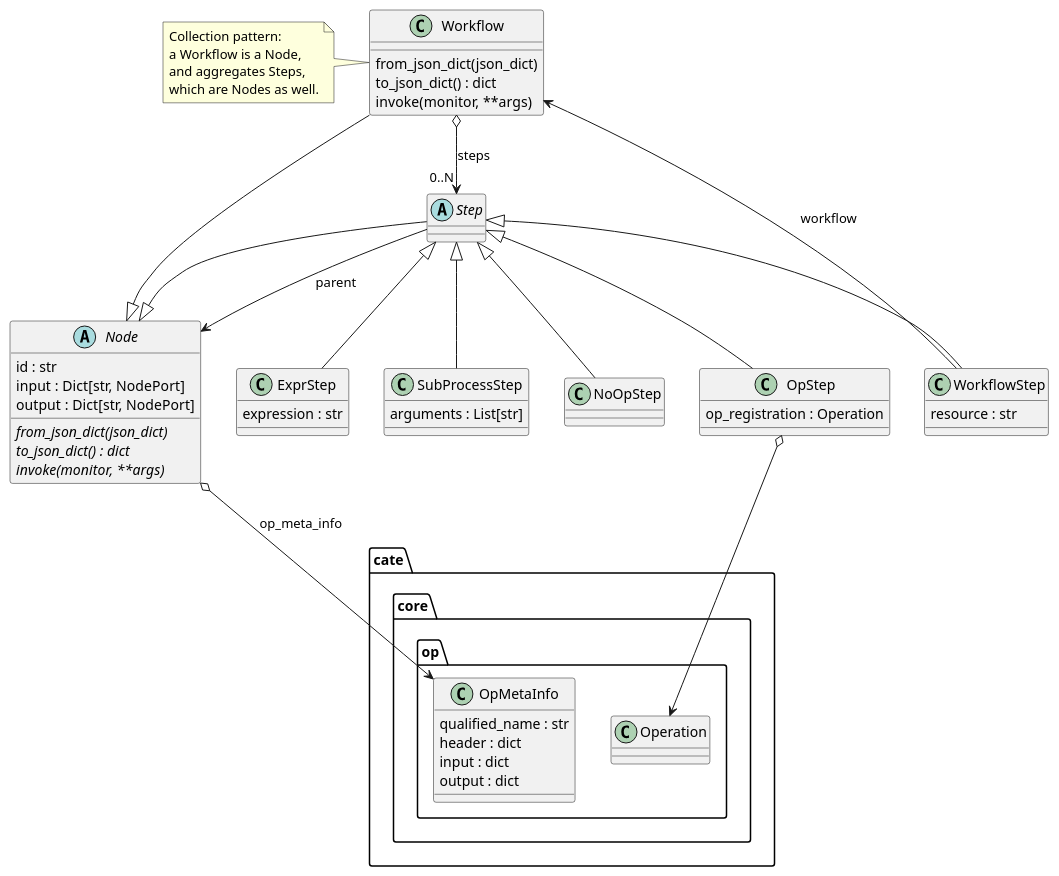
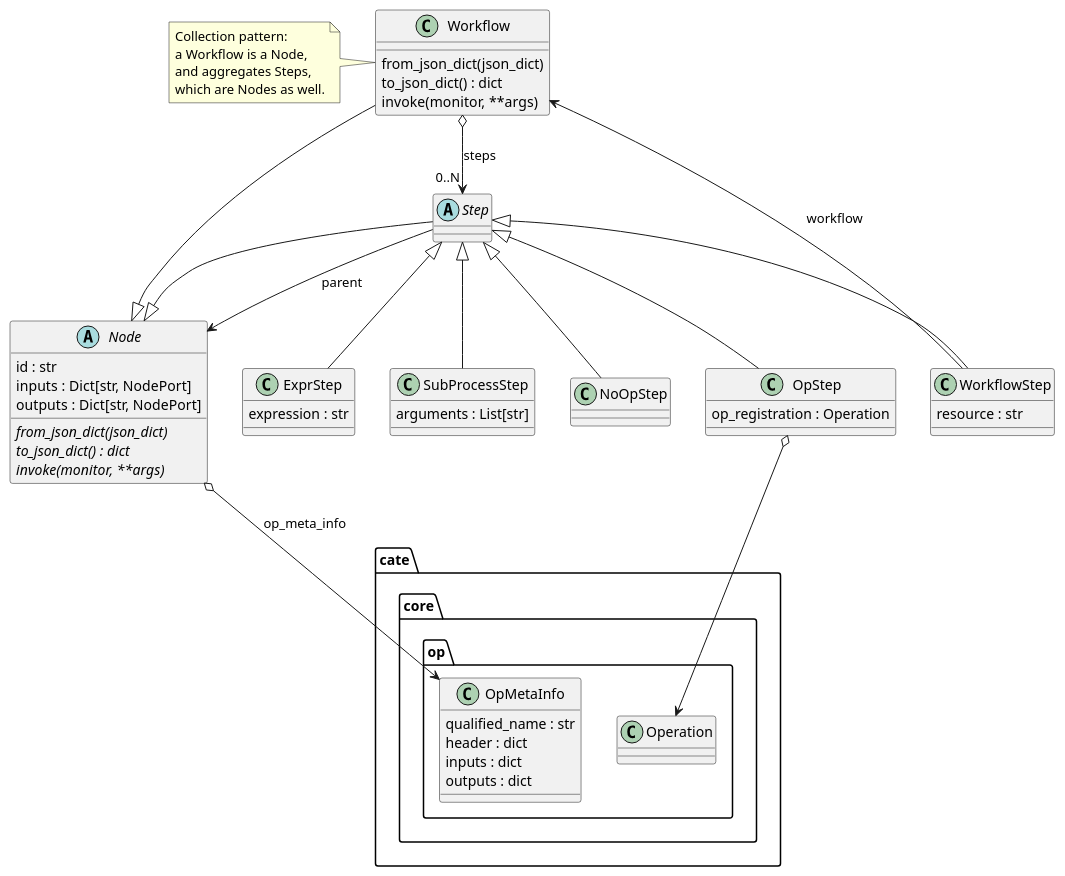
One commit to CCI-Tools/cate changed the diagram in doc/source/uml/workflow.puml. Above: the diagram before and after it, drawn with PlantUML. The commit also changed 23 other files, not shown here.

Commit message:
renamed input --> inputs, output --> outputs

```diff
--- a/doc/source/uml/workflow.puml
+++ b/doc/source/uml/workflow.puml
@@ -1,61 +1,61 @@
 @startuml
 
 abstract Node {
     id : str
-    input : Dict[str, NodePort]
-    output : Dict[str, NodePort]
+    inputs : Dict[str, NodePort]
+    outputs : Dict[str, NodePort]
     {abstract} from_json_dict(json_dict)
     {abstract} to_json_dict() : dict
     {abstract} invoke(monitor, **args)
 }
 
 class Workflow extends Node {
     from_json_dict(json_dict)
     to_json_dict() : dict
     invoke(monitor, **args)
 }
 
 abstract class Step extends Node {
 }
 
 class WorkflowStep extends Step {
     resource : str
 }
 
 class OpStep extends Step {
     op_registration : Operation
 }
 
 class ExprStep extends Step {
     expression : str
 }
 
 class SubProcessStep extends Step {
     arguments : List[str]
 }
 
 class NoOpStep extends Step {
 }
 
 class cate.core.op.OpMetaInfo {
     qualified_name : str
     header : dict
-    input : dict
-    output : dict
+    inputs : dict
+    outputs : dict
 }
 
 WorkflowStep --> Workflow: workflow
 OpStep o--> cate.core.op.Operation
 Node o--> cate.core.op.OpMetaInfo: op_meta_info
 Workflow o--> "0..N" Step: steps
 Step --> Node : parent
 
 
 note left of Workflow
 Collection pattern:
 a Workflow is a Node,
 and aggregates Steps,
 which are Nodes as well.
 end note
 
 @enduml
```
